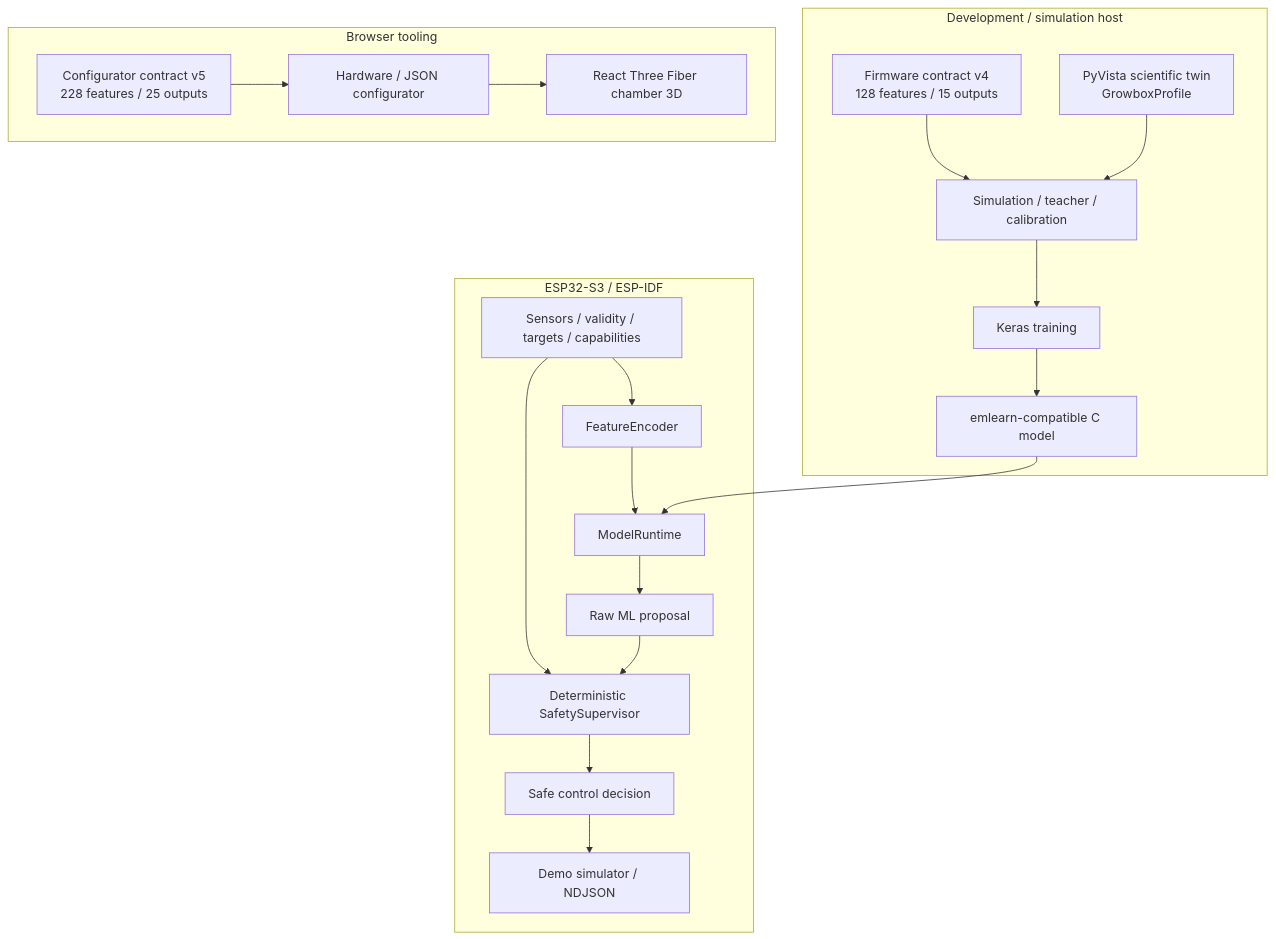
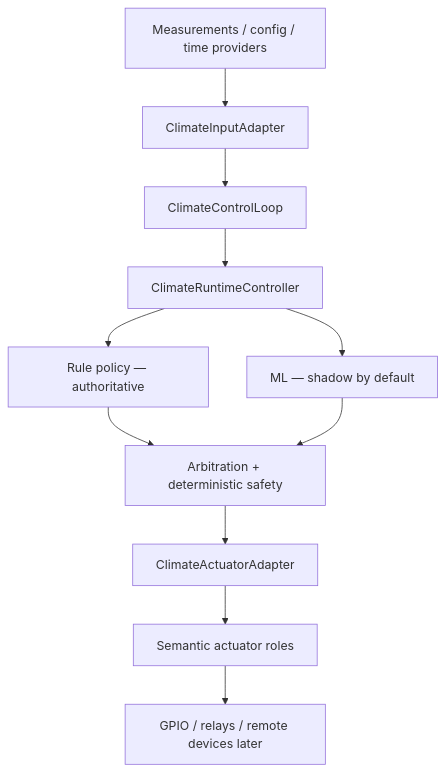
One commit to MichalMatu/growbox-ml-controller changed the diagram in README.md. Above: the diagram before and after it, drawn with Mermaid. The commit also changed other lines of this file and 13 other files, not shown here.

Commit message:
Add climate I/O adapter seam and refresh docs

````diff
--- a/README.md
+++ b/README.md
@@ -53,26 +54,13 @@
 ```mermaid
 flowchart TB
-    subgraph Host["Development / simulation host"]
-        V4["Firmware contract v4\n128 features / 15 outputs"] --> Sim["Simulation / teacher / calibration"]
-        Sim --> Train["Keras training"]
-        Train --> Export["emlearn-compatible C model"]
-        Twin["PyVista scientific twin\nGrowboxProfile"] --> Sim
-    end
-
-    subgraph Board["ESP32-S3 / ESP-IDF"]
-        Input["Sensors / validity / targets / capabilities"] --> Encoder["FeatureEncoder"]
-        Encoder --> Runtime["ModelRuntime"]
-        Runtime --> Proposal["Raw ML proposal"]
-        Proposal --> Safety["Deterministic SafetySupervisor"]
-        Input --> Safety
-        Safety --> Decision["Safe control decision"]
-        Decision --> Demo["Demo simulator / NDJSON"]
-    end
-
-    Export --> Runtime
-
-    subgraph Browser["Browser tooling"]
-        V5["Configurator contract v5\n228 features / 25 outputs"] --> Config["Hardware / JSON configurator"]
-        Config --> Chamber["React Three Fiber chamber 3D"]
-    end
+    Providers["Measurements / config / time providers"] --> InputAdapter["ClimateInputAdapter"]
+    InputAdapter --> Loop["ClimateControlLoop"]
+    Loop --> Runtime["ClimateRuntimeController"]
+    Runtime --> Rule["Rule policy — authoritative"]
+    Runtime --> ML["ML — shadow by default"]
+    Rule --> Arb["Arbitration + deterministic safety"]
+    ML --> Arb
+    Arb --> Sink["ClimateActuatorAdapter"]
+    Sink --> Roles["Semantic actuator roles"]
+    Roles --> Hardware["GPIO / relays / remote devices later"]
 ```
````
